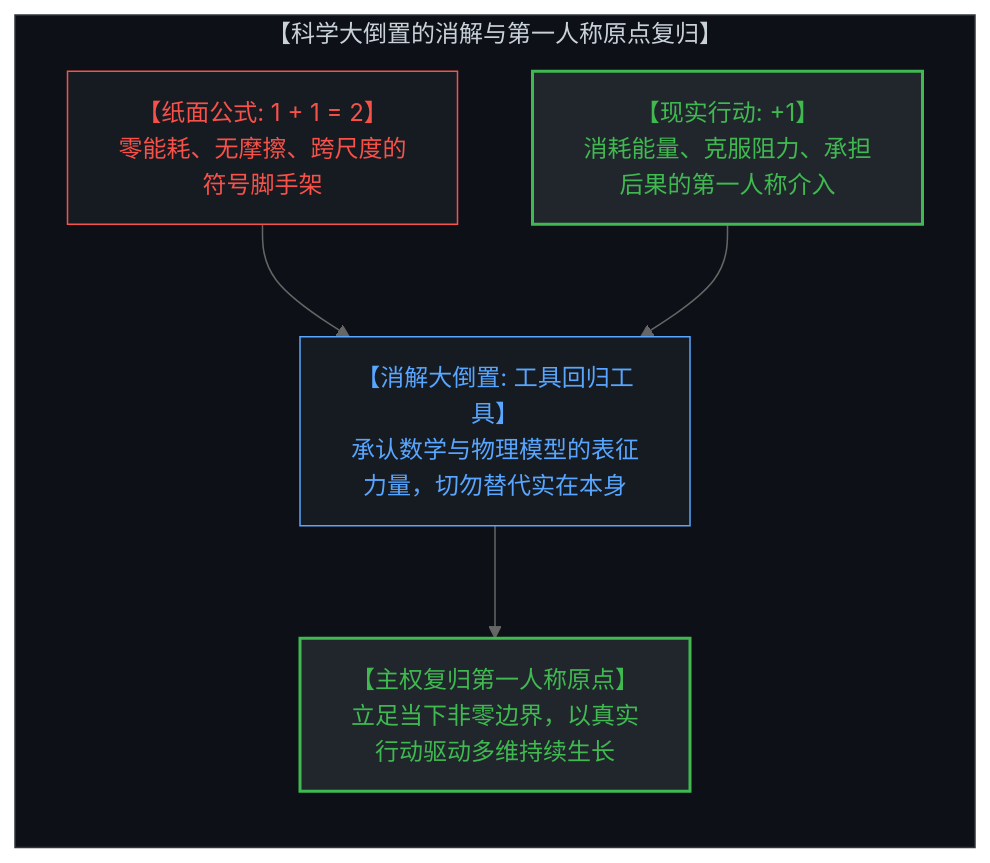
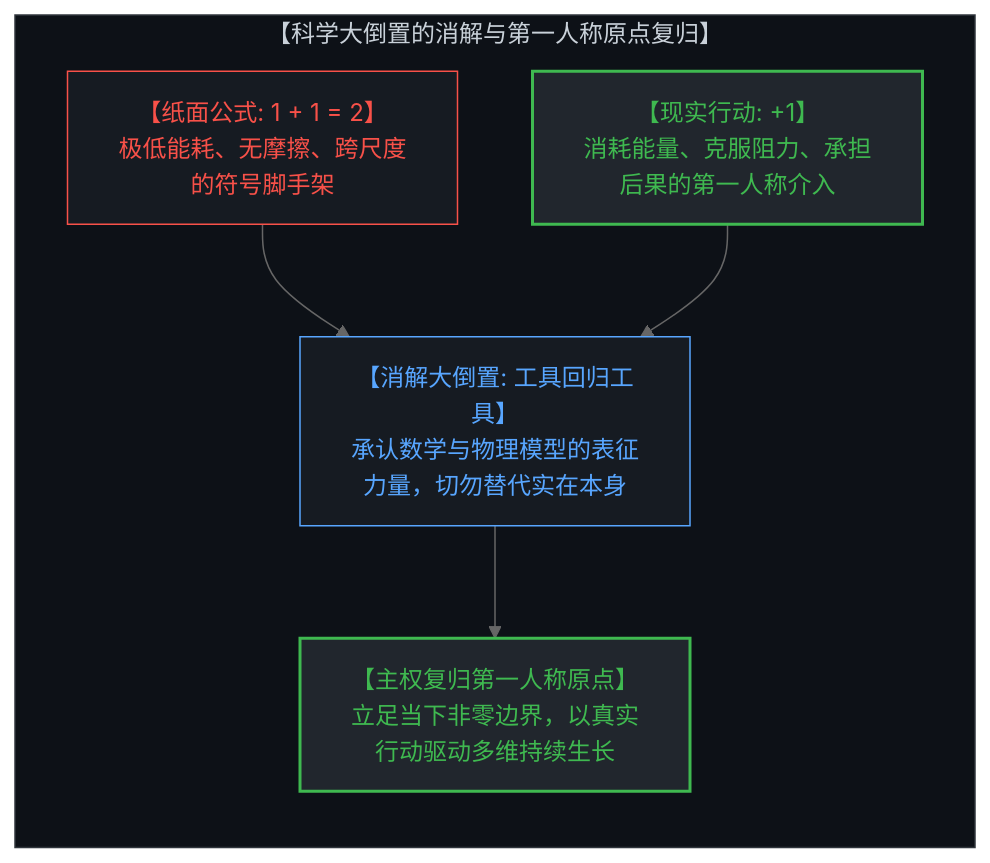
The sixth of 6 diagrams in content/posts/the-illusion-of-the-tool-and-the-inversion-of-time.md (powerpig99/not-a-toe), drawn with Mermaid (neutral theme) before and after one commit. The commit also changed other lines of this file and 3 other files, not shown here.

````diff
--- a/content/posts/the-illusion-of-the-tool-and-the-inversion-of-time.md
+++ b/content/posts/the-illusion-of-the-tool-and-the-inversion-of-time.md
@@ -288,18 +288,18 @@
 ```mermaid
 graph TD
     subgraph TheGreatReversalResolution["【科学大倒置的消解与第一人称原点复归】"]
         direction TB
-        PaperTautology["【纸面公式: 1 + 1 = 2】<br>零能耗、无摩擦、跨尺度的符号脚手架"]
+        PaperTautology["【纸面公式: 1 + 1 = 2】<br>极低能耗、无摩擦、跨尺度的符号脚手架"]
         LivingIntervention["【现实行动: +1】<br>消耗能量、克服阻力、承担后果的第一人称介入"]
         ReversalDissolved["【消解大倒置: 工具回归工具】<br>承认数学与物理模型的表征力量，切勿替代实在本身"]
         SovereigntyReclaimed["【主权复归第一人称原点】<br>立足当下非零边界，以真实行动驱动多维持续生长"]
         PaperTautology --> ReversalDissolved
         LivingIntervention --> ReversalDissolved
         ReversalDissolved --> SovereigntyReclaimed
     end
     style TheGreatReversalResolution fill:#0d1117,stroke:#30363d,stroke-width:1px,color:#c9d1d9
     style PaperTautology fill:#161b22,stroke:#f85149,stroke-width:1px,color:#f85149
     style LivingIntervention fill:#21262d,stroke:#3fb950,stroke-width:2px,color:#3fb950
     style ReversalDissolved fill:#161b22,stroke:#58a6ff,stroke-width:1px,color:#58a6ff
     style SovereigntyReclaimed fill:#21262d,stroke:#3fb950,stroke-width:2px,color:#3fb950
 ```
````
